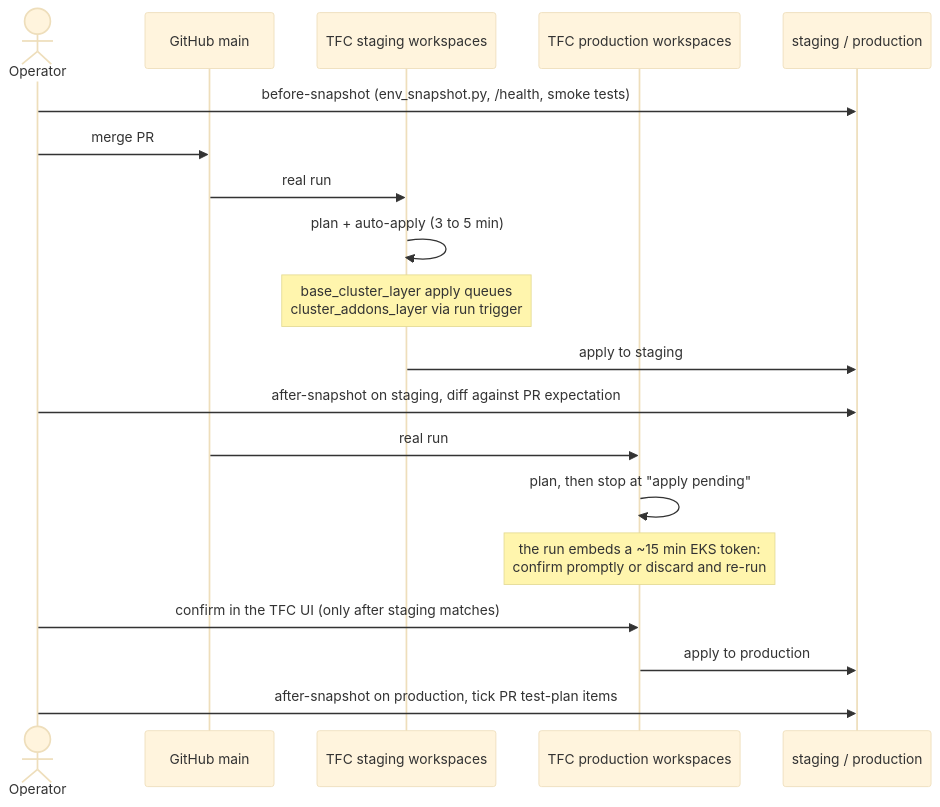
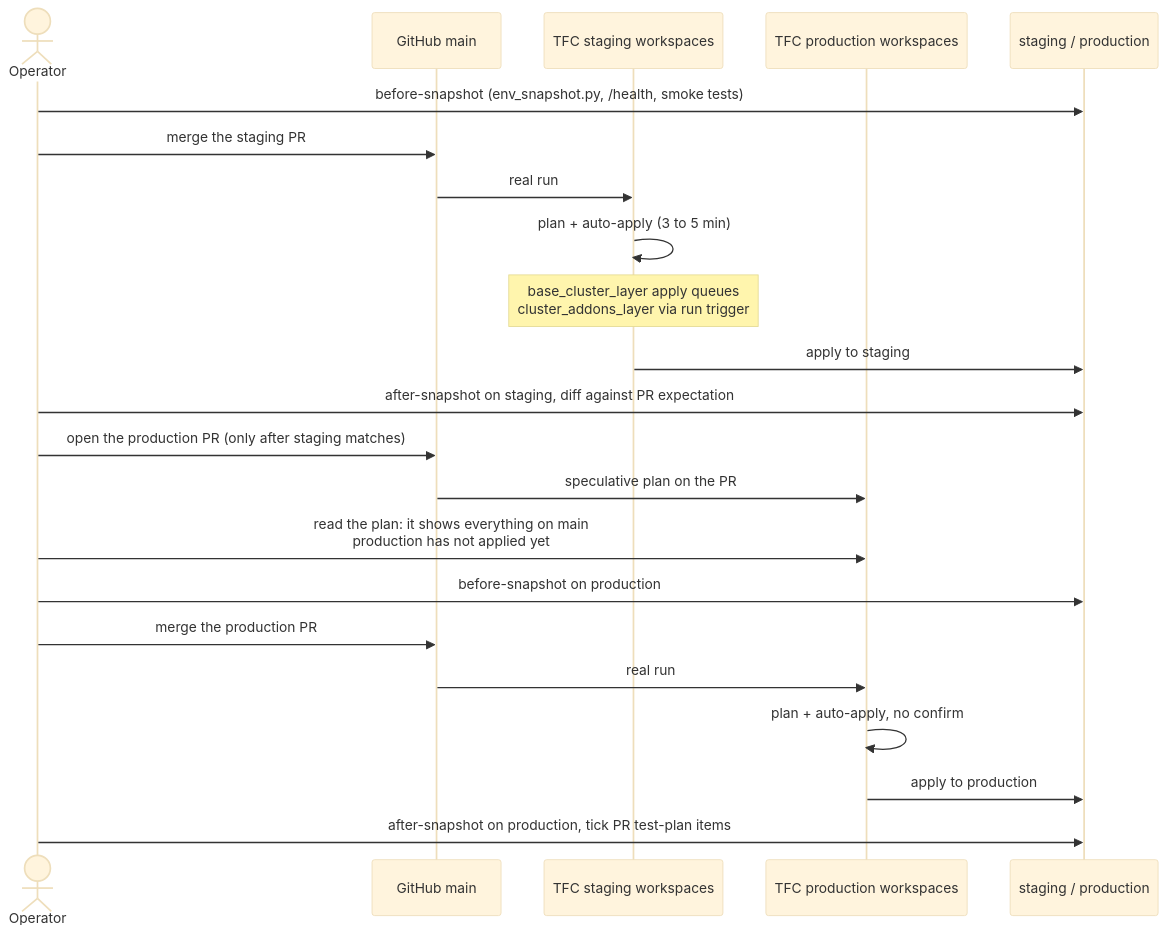
The fourth of 4 diagrams in docs/architecture/deploy-and-validate.md (team-automation-calculator/core-iac), drawn with Mermaid (base theme) before and after one commit. The commit also changed other lines of this file and 4 other files, not shown here.

First line of the commit message:
Document the two pull request promotion flow

````diff
--- a/docs/architecture/deploy-and-validate.md
+++ b/docs/architecture/deploy-and-validate.md
@@ -111,22 +112,25 @@
 ```mermaid
 sequenceDiagram
     actor Op as Operator
     participant GH as GitHub main
     participant S as TFC staging workspaces
     participant P as TFC production workspaces
     participant Env as staging / production
 
     Op->>Env: before-snapshot (env_snapshot.py, /health, smoke tests)
-    Op->>GH: merge PR
+    Op->>GH: merge the staging PR
     GH->>S: real run
     S->>S: plan + auto-apply (3 to 5 min)
     Note over S: base_cluster_layer apply queues<br/>cluster_addons_layer via run trigger
     S->>Env: apply to staging
     Op->>Env: after-snapshot on staging, diff against PR expectation
+    Op->>GH: open the production PR (only after staging matches)
+    GH->>P: speculative plan on the PR
+    Op->>P: read the plan: it shows everything on main<br/>production has not applied yet
+    Op->>Env: before-snapshot on production
+    Op->>GH: merge the production PR
     GH->>P: real run
-    P->>P: plan, then stop at "apply pending"
-    Note over P: the run embeds a ~15 min EKS token:<br/>confirm promptly or discard and re-run
-    Op->>P: confirm in the TFC UI (only after staging matches)
+    P->>P: plan + auto-apply, no confirm
     P->>Env: apply to production
     Op->>Env: after-snapshot on production, tick PR test-plan items
 ```
````
